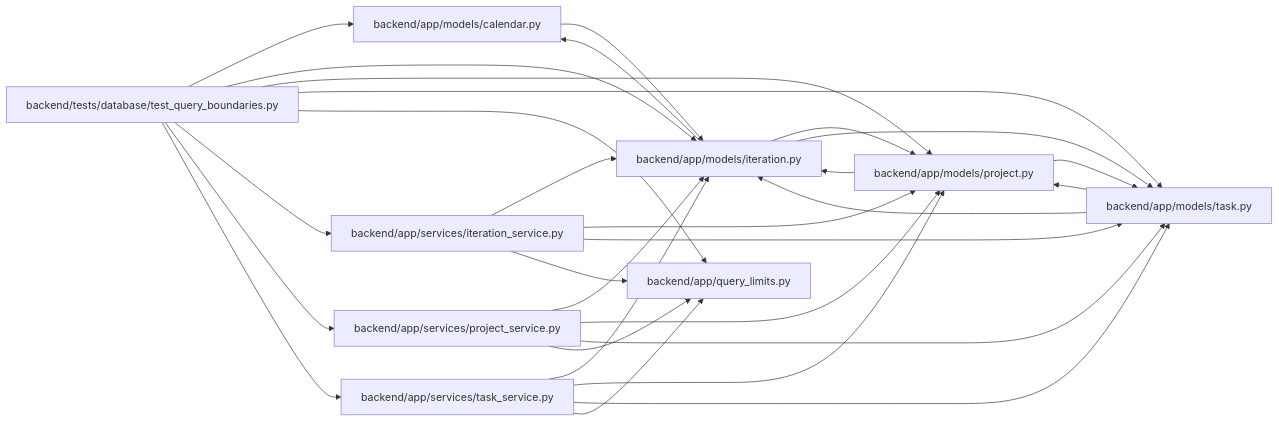
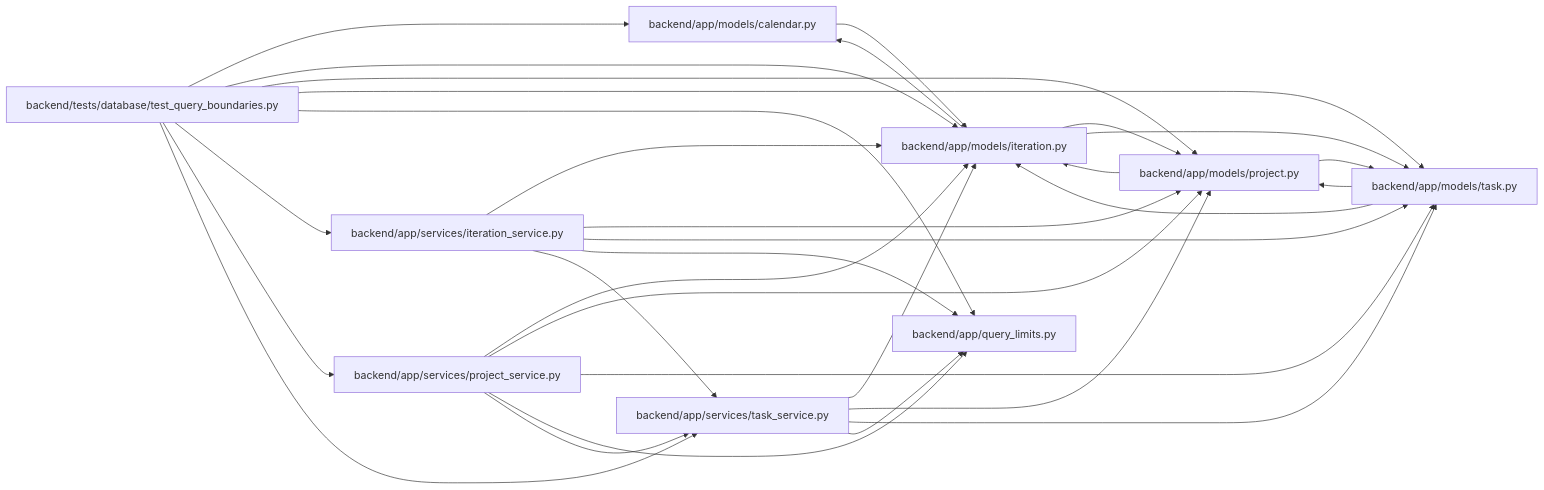
One commit to Denissvgn/WorkChord changed the diagram in docs/llm_wiki/modules/test_query_boundaries.md. Above: the diagram before and after it, drawn with Mermaid. The commit also changed 25171 other files, not shown here.

````diff
--- a/docs/llm_wiki/modules/test_query_boundaries.md
+++ b/docs/llm_wiki/modules/test_query_boundaries.md
@@ -31,49 +31,51 @@
 ```mermaid
 flowchart LR
     n0["backend/app/models/calendar.py"]
     n1["backend/app/models/iteration.py"]
     n2["backend/app/models/project.py"]
     n3["backend/app/models/task.py"]
     n4["backend/app/query_limits.py"]
     n5["backend/app/services/iteration_service.py"]
     n6["backend/app/services/project_service.py"]
     n7["backend/app/services/task_service.py"]
     n8["backend/tests/database/test_query_boundaries.py"]
     n0 --> n1
     n1 --> n0
     n1 --> n2
     n1 --> n3
     n2 --> n1
     n2 --> n3
     n3 --> n1
     n3 --> n2
     n5 --> n1
     n5 --> n2
     n5 --> n3
     n5 --> n4
+    n5 --> n7
     n6 --> n1
     n6 --> n2
     n6 --> n3
     n6 --> n4
+    n6 --> n7
     n7 --> n1
     n7 --> n2
     n7 --> n3
     n7 --> n4
     n8 --> n0
     n8 --> n1
     n8 --> n2
     n8 --> n3
     n8 --> n4
     n8 --> n5
     n8 --> n6
     n8 --> n7
     click n0 "../modules/models_calendar.md"
     click n1 "../modules/models_iteration.md"
     click n2 "../modules/models_project.md"
     click n3 "../modules/models_task.md"
     click n4 "../modules/query_limits.md"
     click n5 "../modules/iteration_service.md"
     click n6 "../modules/project_service.md"
     click n7 "../modules/task_service.md"
     click n8 "../modules/test_query_boundaries.md"
 ```
````
